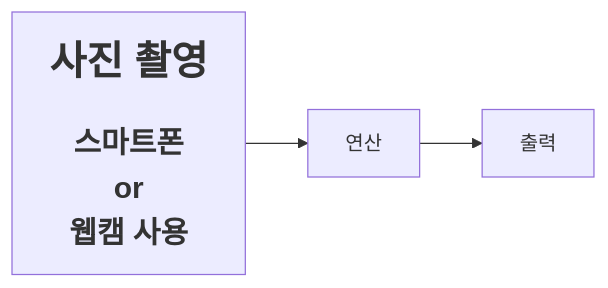
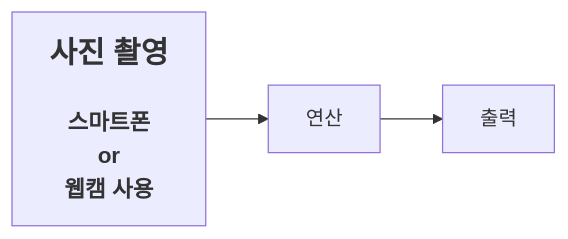
One commit to 201710808/-p changed the diagram in Readme.md. Above: the diagram before and after it, drawn with Mermaid.

````diff
--- a/Readme.md
+++ b/Readme.md
@@ -3,5 +3,5 @@
 ```mermaid
 graph LR
-A[<b><span style='font-size:32px'>사진 촬영</span></b><br><br><b><span style='font-size:24px'>스마트폰\nor\n웹캠 사용</span></b>]-->B[연산]
+A[<b><span style='font-size:24px'>사진 촬영</span></b><br><br><b><span style='font-size:18px'>스마트폰\nor\n웹캠 사용</span></b>]-->B[연산]
 B-->C[출력]
 ```
````
